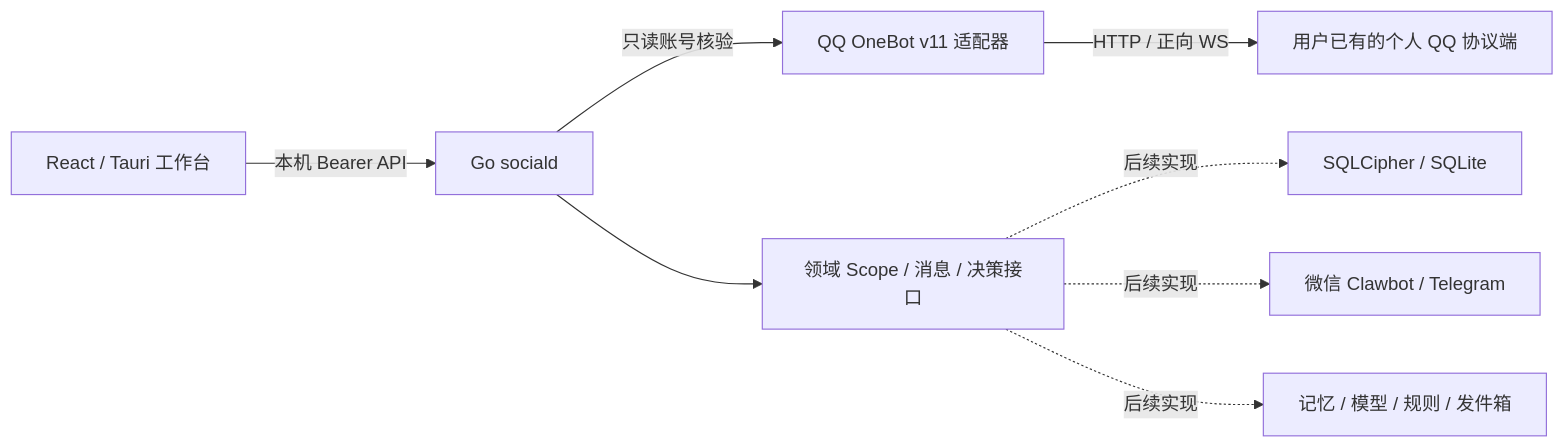
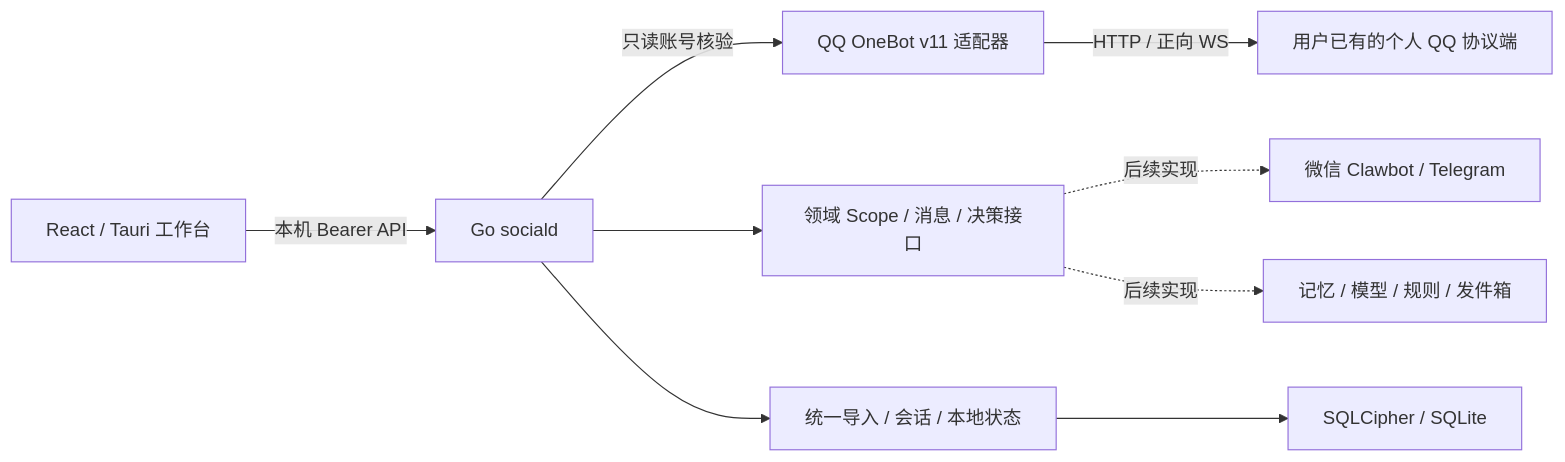
Before and after one commit to qilinbro/msg-manager: the diagram in README.md, drawn with Mermaid. The commit also changed other lines of this file and 42 other files, not shown here.

````diff
--- a/README.md
+++ b/README.md
@@ -68,10 +77,11 @@
 ```mermaid
 flowchart LR
     UI[React / Tauri 工作台] -->|本机 Bearer API| API[Go sociald]
     API -->|只读账号核验| QQ[QQ OneBot v11 适配器]
     QQ -->|HTTP / 正向 WS| PROVIDER[用户已有的个人 QQ 协议端]
     API --> DOMAIN[领域 Scope / 消息 / 决策接口]
-    DOMAIN -. 后续实现 .-> STORE[SQLCipher / SQLite]
+    API --> INBOX[统一导入 / 会话 / 本地状态]
+    INBOX --> STORE[SQLCipher / SQLite]
     DOMAIN -. 后续实现 .-> CONNECTOR[微信 Clawbot / Telegram]
     DOMAIN -. 后续实现 .-> AGENT[记忆 / 模型 / 规则 / 发件箱]
 ```
````
